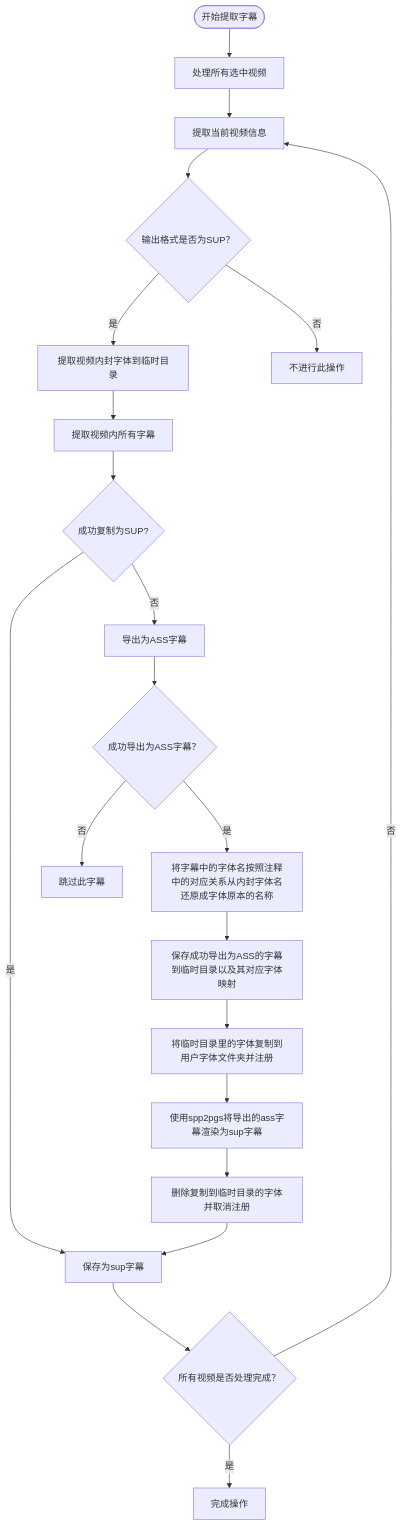
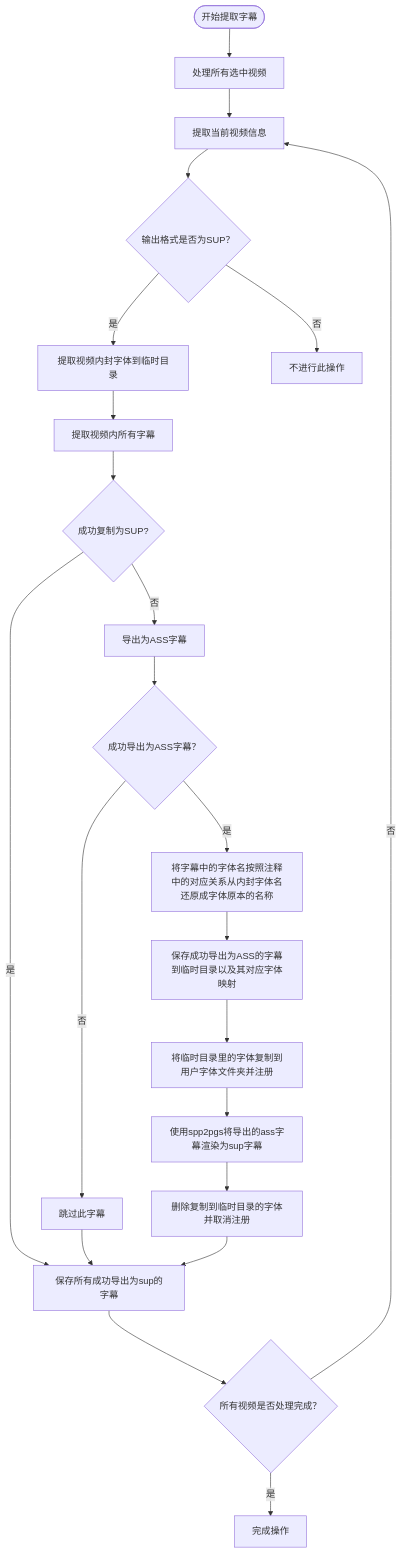
Before and after one commit to TCBOMC/Subtitle-Exporter: the fourth of 4 diagrams in README.md, drawn with Mermaid. The commit also changed other lines of this file, not shown here.

````diff
--- a/README.md
+++ b/README.md
@@ -153,27 +155,28 @@
     ```mermaid
     flowchart TD
     A(["开始提取字幕"]) --> B["处理所有选中视频"]
     C{"输出格式是否为SUP？"} -- 是 --> D@{ label: "<span style=\"color:\">提取视频内封字体到临时目录</span>" }
     C -- 否 --> E["不进行此操作"]
     B --> n1["提取当前视频信息"]
     n1 --> C
     D --> n19["提取视频内所有字幕"]
     n2["保存成功导出为ASS的字幕到临时目录以及其对应字体映射"] --> n3["将临时目录里的字体复制到用户字体文件夹并注册"]
     n3 --> n20["使用spp2pgs将导出的ass字幕渲染为sup字幕"]
     n5["所有视频是否处理完成？"] -- 否 --> n1
     n7["导出为ASS字幕"] --> n16["成功导出为ASS字幕？"]
     n8["成功复制为SUP?"] -- 否 --> n7
-    n8 -- 是 --> n9["保存为sup字幕"]
+    n8 -- 是 --> n9["保存所有成功导出为sup的字幕"]
     n16 -- 是 --> n17["将字幕中的字体名按照注释中的对应关系从内封字体名还原成字体原本的名称"]
     n16 -- 否 --> n18["跳过此字幕"]
+    n18 --> n9
     n17 --> n2
     n19 --> n8
     n20 --> n21["删除复制到临时目录的字体并取消注册"]
     n21 --> n9
     n9 --> n5
     n5 --是--> n14["完成操作"]
     D@{ shape: rect}
     n5@{ shape: diam}
     n16@{ shape: diam}
     n8@{ shape: diam}
     ```
````
